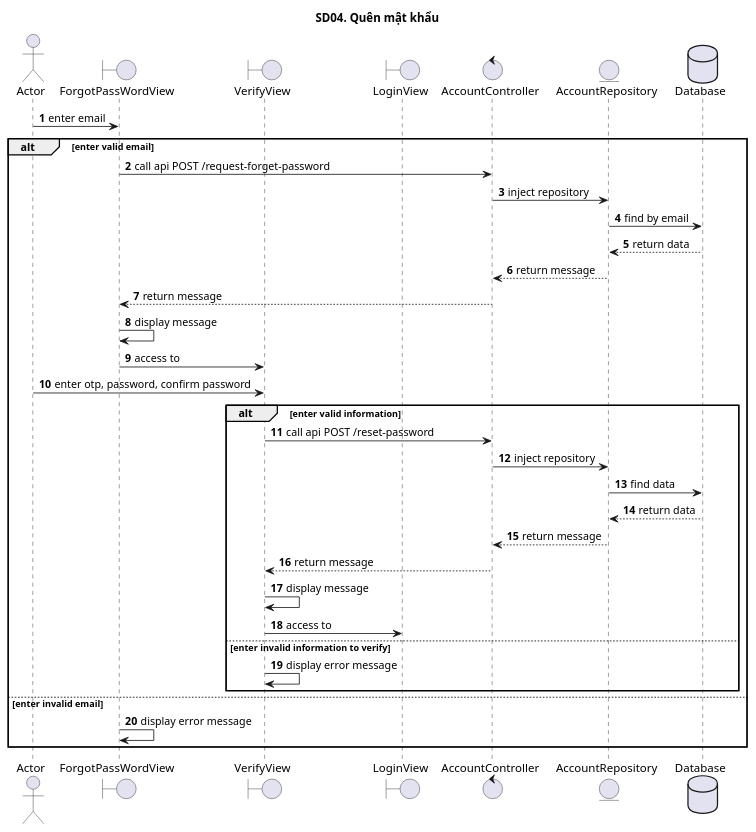
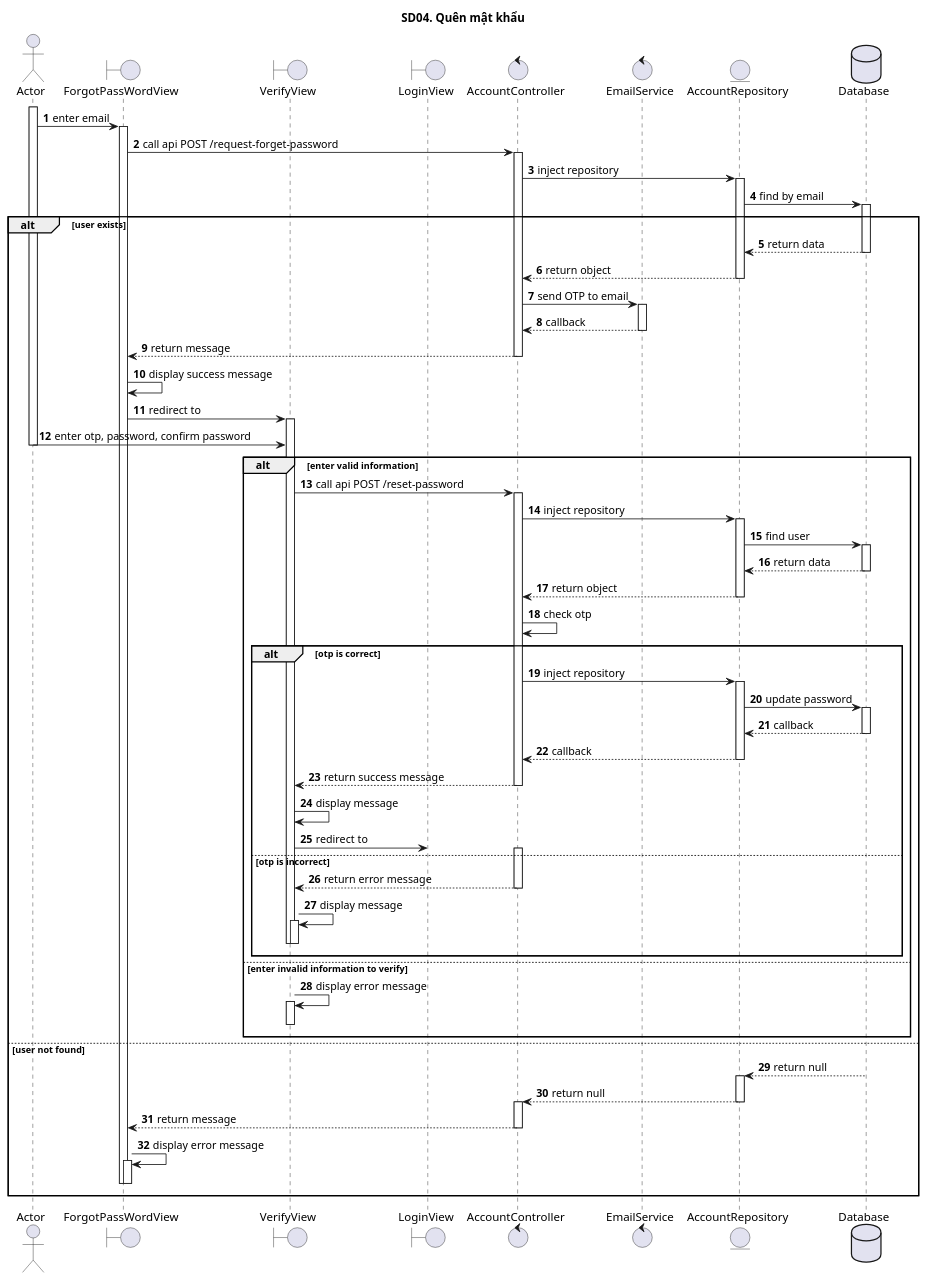
Before and after one commit to ITZ-Developers/Finance-UML: the diagram in 04_QuenMatKhau/sd04.puml, drawn with PlantUML.

```diff
--- a/04_QuenMatKhau/sd04.puml
+++ b/04_QuenMatKhau/sd04.puml
@@ -1,40 +1,93 @@
 @startuml SQ
 autonumber
 title SD04. Quên mật khẩu
 actor "Actor" as actor
 boundary "ForgotPassWordView" 
 boundary "VerifyView"
 boundary "LoginView"
 control "AccountController" as controller
+control "EmailService" as service
 entity "AccountRepository" as model
 database "Database" as database
-
+activate actor
 actor -> ForgotPassWordView : enter email
-alt enter valid email
+activate ForgotPassWordView
 ForgotPassWordView -> controller : call api POST /request-forget-password
+activate controller
 controller -> model : inject repository
+activate model
 model -> database : find by email
+alt user exists
+activate database
 database --> model : return data
-model --> controller : return message
+deactivate database
+model --> controller : return object
+deactivate model
+controller -> service : send OTP to email
+activate service
+service --> controller : callback
+deactivate service
 controller --> ForgotPassWordView : return message
-ForgotPassWordView -> ForgotPassWordView: display message
-
-ForgotPassWordView -> VerifyView : access to
+deactivate controller
+ForgotPassWordView -> ForgotPassWordView: display success message
+ForgotPassWordView -> VerifyView : redirect to
+activate VerifyView
 actor -> VerifyView: enter otp, password, confirm password
+deactivate actor
 alt enter valid information
 VerifyView -> controller : call api POST /reset-password
+activate controller
 controller -> model : inject repository
-model -> database : find data
+activate model
+model -> database : find user
+activate database
 database --> model : return data
-model --> controller : return message
-controller --> VerifyView : return message
+deactivate database
+model --> controller : return object
+deactivate model
+controller -> controller: check otp
+alt otp is correct
+controller -> model : inject repository
+activate model
+model -> database : update password
+activate database
+database --> model : callback
+deactivate database
+model --> controller : callback
+deactivate model
+controller --> VerifyView : return success message
+deactivate controller
 VerifyView -> VerifyView: display message
-VerifyView -> LoginView : access to
+VerifyView -> LoginView : redirect to
+else otp is incorrect
+activate controller
+controller --> VerifyView : return error message
+deactivate controller
+VerifyView -> VerifyView: display message
+activate VerifyView
+deactivate VerifyView
+deactivate VerifyView
+end
 else enter invalid information to verify
+activate VerifyView
 VerifyView -> VerifyView: display error message
+activate VerifyView
+deactivate VerifyView
+deactivate VerifyView
 end
-
-else enter invalid email
+else user not found
+activate database
+database --> model: return null
+deactivate database
+activate model
+model --> controller : return null
+deactivate model
+activate controller
+controller --> ForgotPassWordView : return message
+deactivate controller
 ForgotPassWordView -> ForgotPassWordView: display error message
+activate ForgotPassWordView
+deactivate ForgotPassWordView
+deactivate ForgotPassWordView
 end
 @enduml
```
